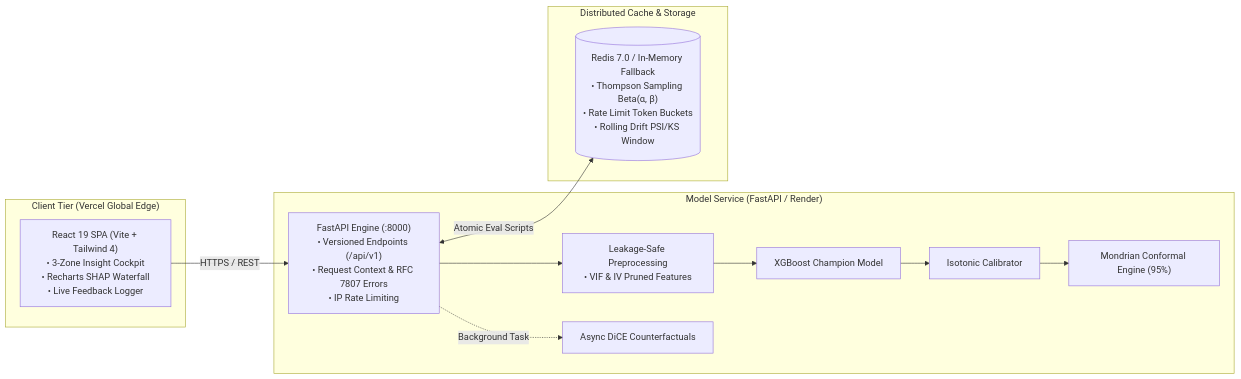
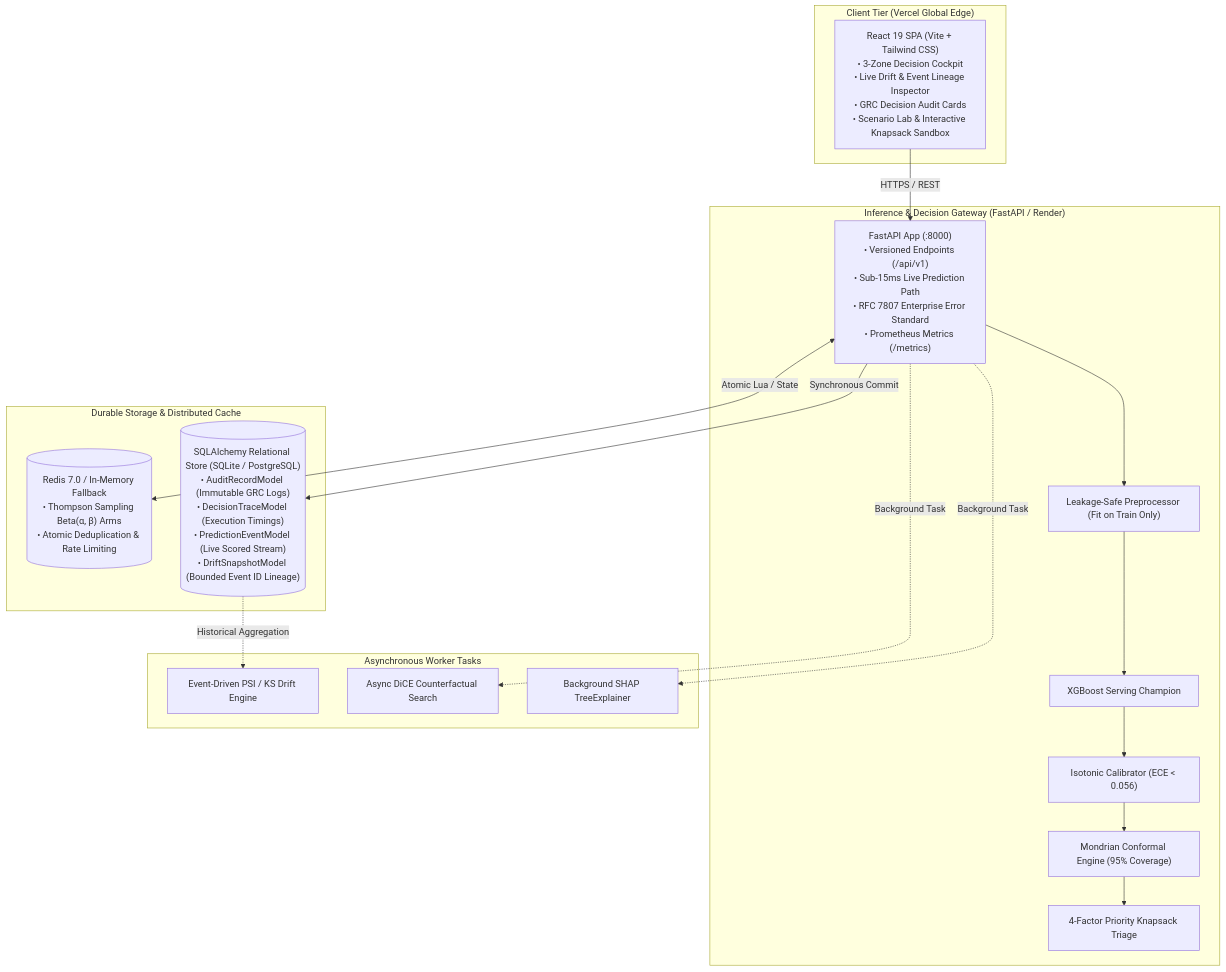
Before and after one commit to kashish-sachdeva-ds/retentionai: the diagram in README.md, drawn with Mermaid. The commit also changed other lines of this file, not shown here.

Commit message:
docs: finalize comprehensive README with platform vision, closed decision loop, and ADR index

````diff
--- a/README.md
+++ b/README.md
@@ -46,24 +68,34 @@
 ```mermaid
-flowchart LR
+flowchart TD
     subgraph Client ["Client Tier (Vercel Global Edge)"]
-        UI["React 19 SPA (Vite + Tailwind 4)<br/>• 3-Zone Insight Cockpit<br/>• Recharts SHAP Waterfall<br/>• Live Feedback Logger"]
+        UI["React 19 SPA (Vite + Tailwind CSS)<br/>• 3-Zone Decision Cockpit<br/>• Live Drift & Event Lineage Inspector<br/>• GRC Decision Audit Cards<br/>• Scenario Lab & Interactive Knapsack Sandbox"]
     end
 
-    subgraph Gateway ["Model Service (FastAPI / Render)"]
-        API["FastAPI Engine (:8000)<br/>• Versioned Endpoints (/api/v1)<br/>• Request Context & RFC 7807 Errors<br/>• IP Rate Limiting"]
-        Pipe["Leakage-Safe Preprocessing<br/>• VIF & IV Pruned Features"]
-        XGB["XGBoost Champion Model"]
-        Calib["Isotonic Calibrator"]
-        Conf["Mondrian Conformal Engine (95%)"]
-        CF["Async DiCE Counterfactuals"]
+    subgraph Gateway ["Inference & Decision Gateway (FastAPI / Render)"]
+        API["FastAPI App (:8000)<br/>• Versioned Endpoints (/api/v1)<br/>• Sub-15ms Live Prediction Path<br/>• RFC 7807 Enterprise Error Standard<br/>• Prometheus Metrics (/metrics)"]
+        Pipe["Leakage-Safe Preprocessor (Fit on Train Only)"]
+        XGB["XGBoost Serving Champion"]
+        Calib["Isotonic Calibrator (ECE < 0.056)"]
+        Conf["Mondrian Conformal Engine (95% Coverage)"]
+        Policy["4-Factor Priority Knapsack Triage"]
     end
 
-    subgraph State ["Distributed Cache & Storage"]
-        RedisState[("Redis 7.0 / In-Memory Fallback<br/>• Thompson Sampling Beta(α, β)<br/>• Rate Limit Token Buckets<br/>• Rolling Drift PSI/KS Window")]
+    subgraph Background ["Asynchronous Worker Tasks"]
+        SHAP["Background SHAP TreeExplainer"]
+        CF["Async DiCE Counterfactual Search"]
+        DriftEngine["Event-Driven PSI / KS Drift Engine"]
+    end
+
+    subgraph Storage ["Durable Storage & Distributed Cache"]
+        DB[("SQLAlchemy Relational Store (SQLite / PostgreSQL)<br/>• AuditRecordModel (Immutable GRC Logs)<br/>• DecisionTraceModel (Execution Timings)<br/>• PredictionEventModel (Live Scored Stream)<br/>• DriftSnapshotModel (Bounded Event ID Lineage)")]
+        Redis[("Redis 7.0 / In-Memory Fallback<br/>• Thompson Sampling Beta(α, β) Arms<br/>• Atomic Deduplication & Rate Limiting")]
     end
 
     UI -->|HTTPS / REST| API
-    API --> Pipe --> XGB --> Calib --> Conf
+    API --> Pipe --> XGB --> Calib --> Conf --> Policy
+    API -.->|Background Task| SHAP
     API -.->|Background Task| CF
-    API <-->|Atomic Eval Scripts| RedisState
+    API -->|Synchronous Commit| DB
+    API <-->|Atomic Lua / State| Redis
+    DB -.->|Historical Aggregation| DriftEngine
 ```
````
